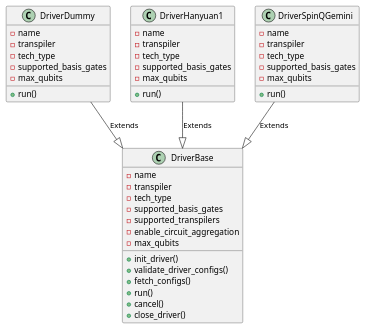
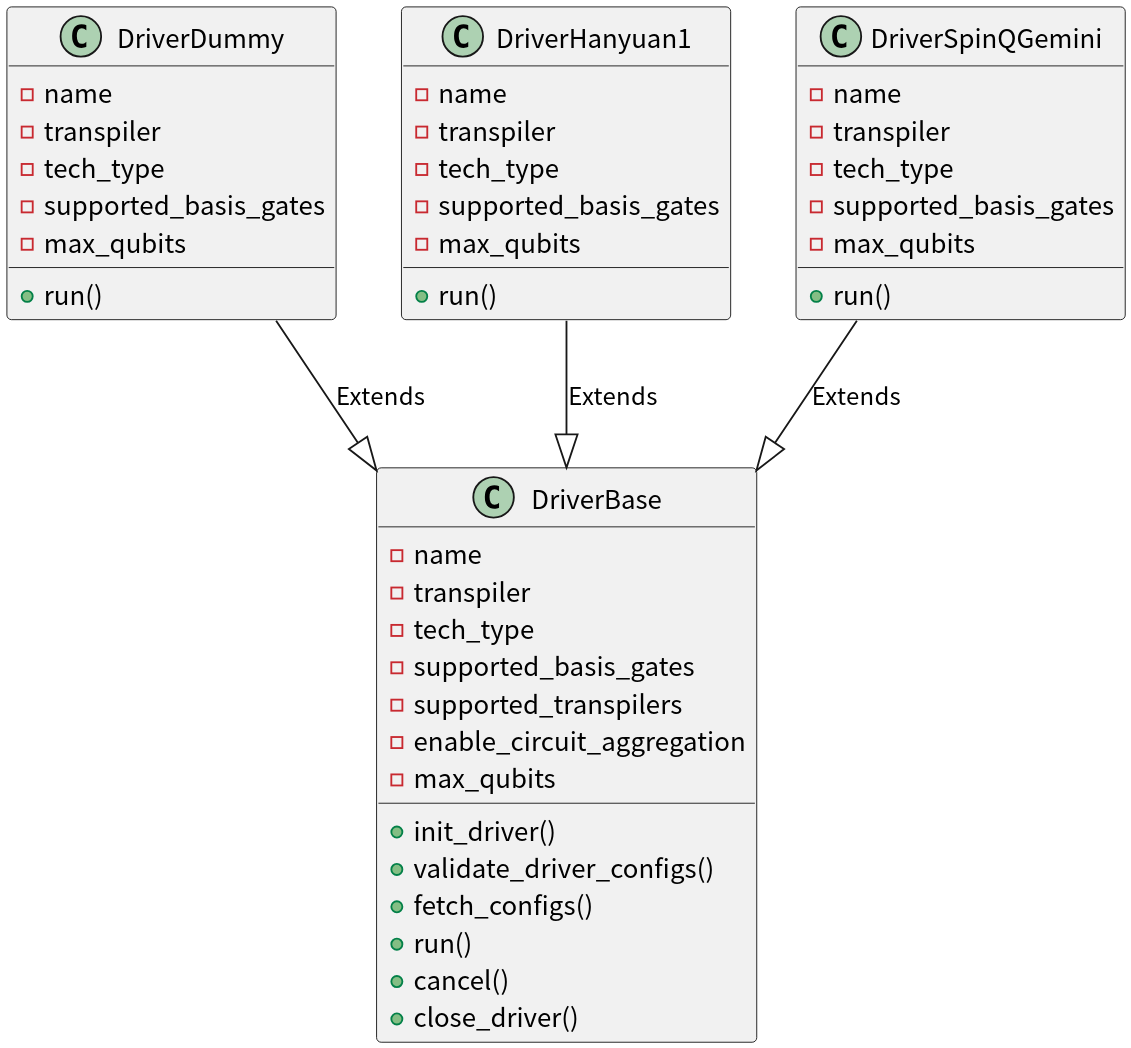
One commit to zhaoyi-yewu/qcos changed the diagram in docs/sphinx/source/_static/design/module-design/driver-class-er.puml. Above: the diagram before and after it, drawn with PlantUML. The commit also changed 13 other files, not shown here.

First line of the commit message:
Improve plantuml fonts and dpi

```diff
--- a/docs/sphinx/source/_static/design/module-design/driver-class-er.puml
+++ b/docs/sphinx/source/_static/design/module-design/driver-class-er.puml
@@ -1,52 +1,56 @@
 @startuml
+' 统一全局字体，确保中文正常显示
+skinparam defaultFontName "Noto Sans CJK SC"
+skinparam dpi 300
+
 ' 设置布局方向：基类在上，子类水平排列在下方
 top to bottom direction
 
 ' define base class
 class DriverBase {
   - name
   - transpiler
   - tech_type
   - supported_basis_gates
   - supported_transpilers
   - enable_circuit_aggregation
   - max_qubits
   + init_driver()
   + validate_driver_configs()
   + fetch_configs()
   + run()
   + cancel()
   + close_driver()
 }
 
 ' define driver classes
 class DriverDummy {
   - name
   - transpiler
   - tech_type
   - supported_basis_gates
   - max_qubits
   + run()
 }
 DriverDummy --|> DriverBase : Extends
 
 class DriverHanyuan1 {
   - name
   - transpiler
   - tech_type
   - supported_basis_gates
   - max_qubits
   + run()
 }
 DriverHanyuan1 --|> DriverBase : Extends
 
 class DriverSpinQGemini {
   - name
   - transpiler
   - tech_type
   - supported_basis_gates
   - max_qubits
   + run()
 }
 DriverSpinQGemini --|> DriverBase : Extends
 @enduml
```
